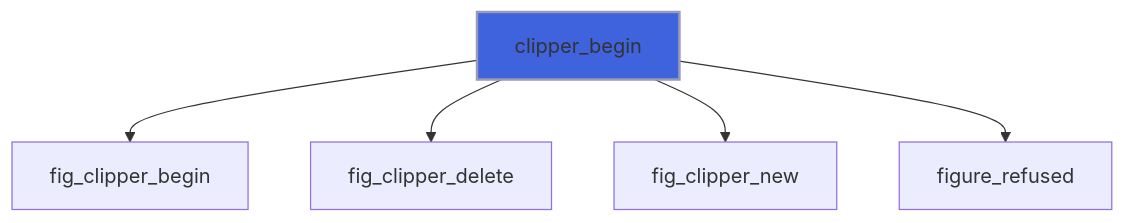
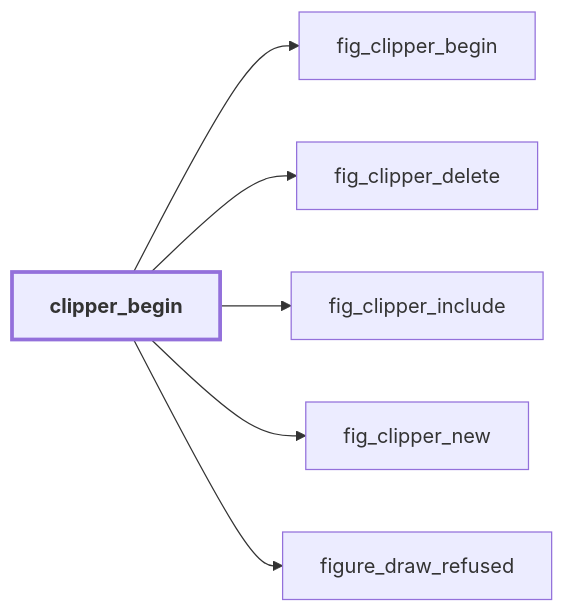
One commit to szaghi/figure changed the second of 40 diagrams in docs/api/src/lib/figure_group.md. Above: the diagram before and after it, drawn with Mermaid. The commit also changed other lines of this file and 54 other files, not shown here.

````diff
--- a/docs/api/src/lib/figure_group.md
+++ b/docs/api/src/lib/figure_group.md
@@ -119,8 +185,15 @@
 ```mermaid
-flowchart TD
+flowchart LR
   clipper_begin["clipper_begin"] --> fig_clipper_begin["fig_clipper_begin"]
   clipper_begin["clipper_begin"] --> fig_clipper_delete["fig_clipper_delete"]
+  clipper_begin["clipper_begin"] --> fig_clipper_include["fig_clipper_include"]
   clipper_begin["clipper_begin"] --> fig_clipper_new["fig_clipper_new"]
-  clipper_begin["clipper_begin"] --> figure_refused["figure_refused"]
-  style clipper_begin fill:#3e63dd,stroke:#99b,stroke-width:2px
+  clipper_begin["clipper_begin"] --> figure_draw_refused["figure_draw_refused"]
+  classDef focus stroke-width:3px,font-weight:bold
+  class clipper_begin focus
+  click figure_draw_refused href "figure_base.html#figure-draw-refused" "figure_draw_refused"
+  click fig_clipper_delete href "figure_c_native.html#fig-clipper-delete" "fig_clipper_delete"
+  click fig_clipper_new href "figure_c_native.html#fig-clipper-new" "fig_clipper_new"
+  click fig_clipper_begin href "figure_c_native.html#fig-clipper-begin" "fig_clipper_begin"
+  click fig_clipper_include href "figure_c_native.html#fig-clipper-include" "fig_clipper_include"
 ```
````
